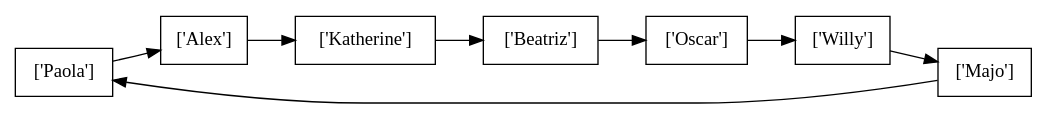
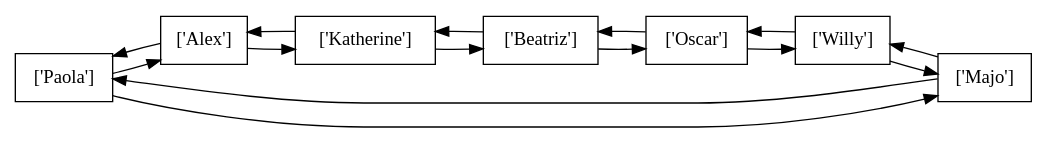
Before and after one commit to olgt/EDD_1S2019_P1_201612341: the diagram in UsersReport.dot, drawn with Graphviz. The commit also changed 3 other files, not shown here.

```diff
--- a/UsersReport.dot
+++ b/UsersReport.dot
@@ -1,18 +1,25 @@
 digraph firstGraph{
 node [shape = record];
 rankdir=LR;
 node0 [label=" ['Paola'] "];
 node0 -> node1;
+node1 -> node0;
 node1 [label=" ['Alex'] "];
 node1 -> node2;
+node2 -> node1;
 node2 [label=" ['Katherine'] "];
 node2 -> node3;
+node3 -> node2;
 node3 [label=" ['Beatriz'] "];
 node3 -> node4;
+node4 -> node3;
 node4 [label=" ['Oscar'] "];
 node4 -> node5;
+node5 -> node4;
 node5 [label=" ['Willy'] "];
 node5 -> node6;
+node6 -> node5;
 node6 [label=" ['Majo'] "];
 node6 -> node0;
+node0 -> node6;
 }
```
